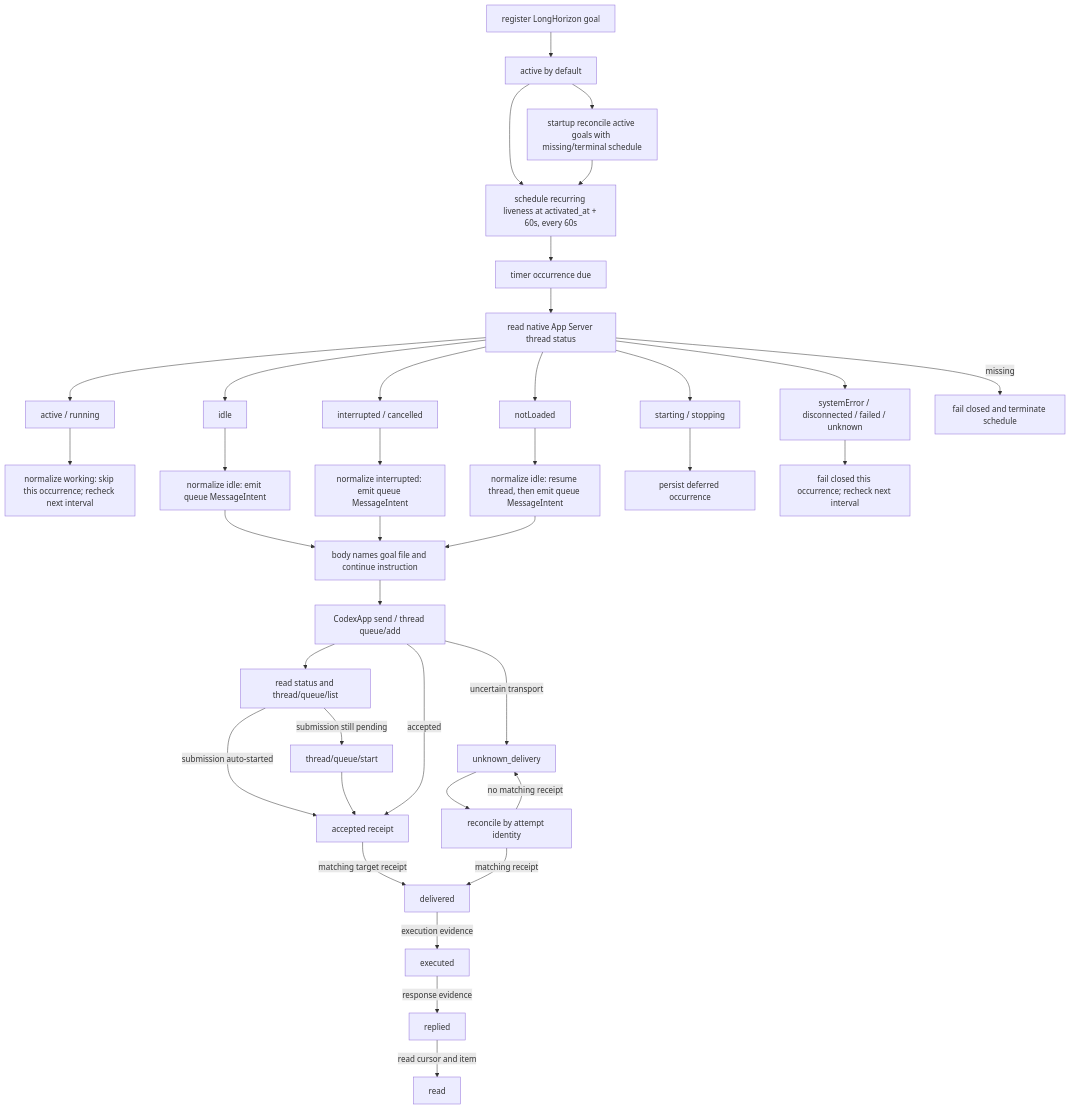
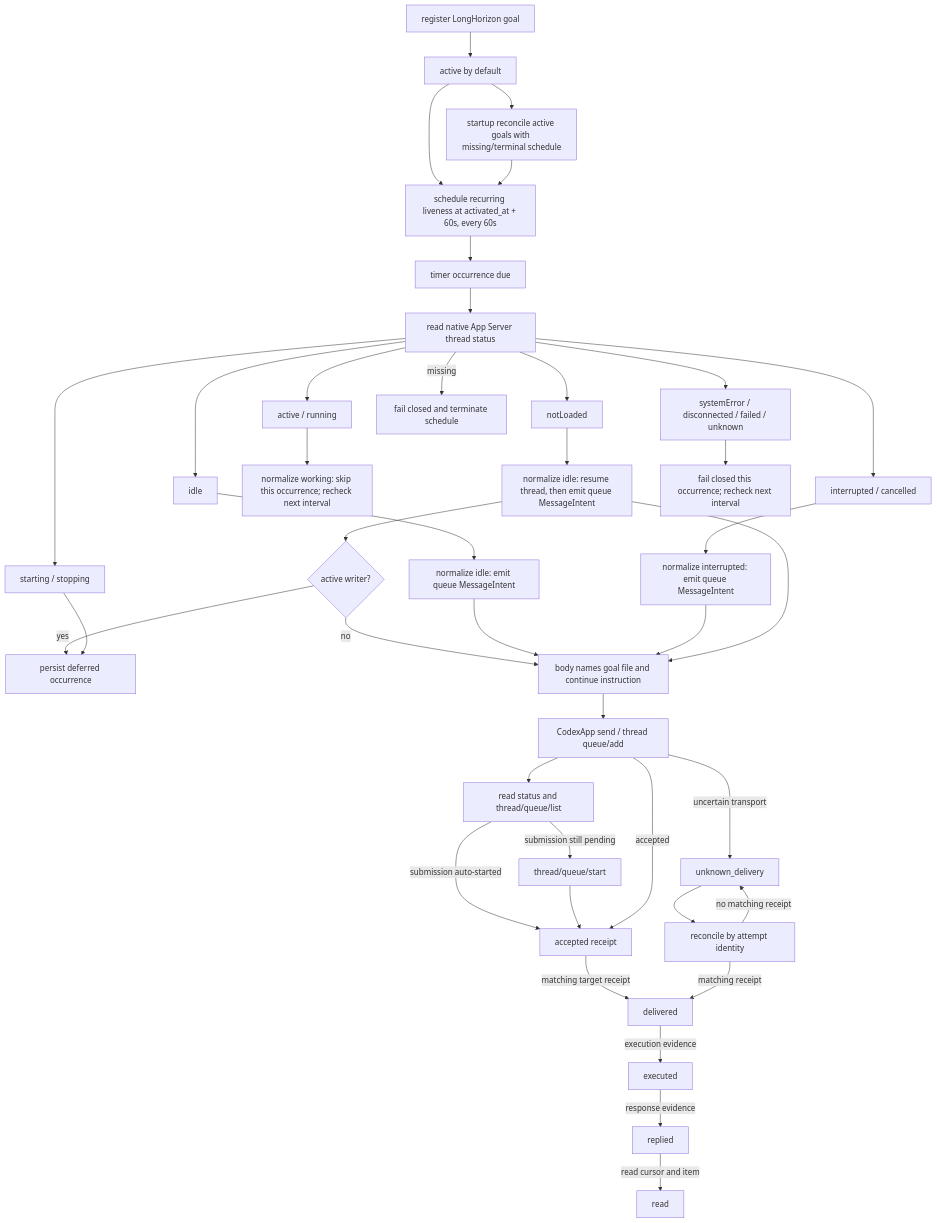
One commit to Jasonzhangf/codex-hooks changed the diagram in docs/design/rccs-notification-dag.md. Above: the diagram before and after it, drawn with Mermaid. The commit also changed other lines of this file and 10 other files, not shown here.

Commit message:
fix(rccs): defer active-writer liveness retries

````diff
--- a/docs/design/rccs-notification-dag.md
+++ b/docs/design/rccs-notification-dag.md
@@ -37,39 +40,42 @@
 ```mermaid
 flowchart TD
   A["register LongHorizon goal"] --> B["active by default"]
   B --> C["schedule recurring liveness at activated_at + 60s, every 60s"]
   B --> C2["startup reconcile active goals with missing/terminal schedule"]
   C2 --> C
   C --> D["timer occurrence due"]
   D --> E["read native App Server thread status"]
   E --> E1["active / running"]
   E --> E2["idle"]
   E --> E3["interrupted / cancelled"]
   E --> E4["starting / stopping"]
   E --> E5["systemError / disconnected / failed / unknown"]
   E --> E6["notLoaded"]
   E1 --> F["normalize working: skip this occurrence; recheck next interval"]
   E2 --> G["normalize idle: emit queue MessageIntent"]
   E3 --> G2["normalize interrupted: emit queue MessageIntent"]
   E6 --> G3["normalize idle: resume thread, then emit queue MessageIntent"]
+  G3 --> G4{"active writer?"}
+  G4 -->|yes| H1
+  G4 -->|no| H
   G --> H["body names goal file and continue instruction"]
   G2 --> H
   G3 --> H
   E4 --> H1["persist deferred occurrence"]
   E5 --> I["fail closed this occurrence; recheck next interval"]
   E -->|missing| I2["fail closed and terminate schedule"]
   H --> J["CodexApp send / thread queue/add"]
   J --> J2["read status and thread/queue/list"]
   J2 -->|submission still pending| J3["thread/queue/start"]
   J2 -->|submission auto-started| K
   J3 --> K
   J -->|accepted| K["accepted receipt"]
   K -->|matching target receipt| L["delivered"]
   L -->|execution evidence| M["executed"]
   M -->|response evidence| N["replied"]
   N -->|read cursor and item| O["read"]
   J -->|uncertain transport| P["unknown_delivery"]
   P --> Q["reconcile by attempt identity"]
   Q -->|matching receipt| L
   Q -->|no matching receipt| P
 ```
````
